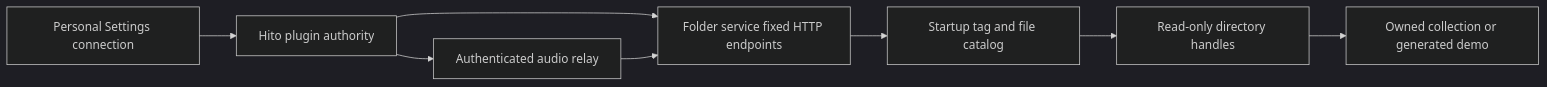
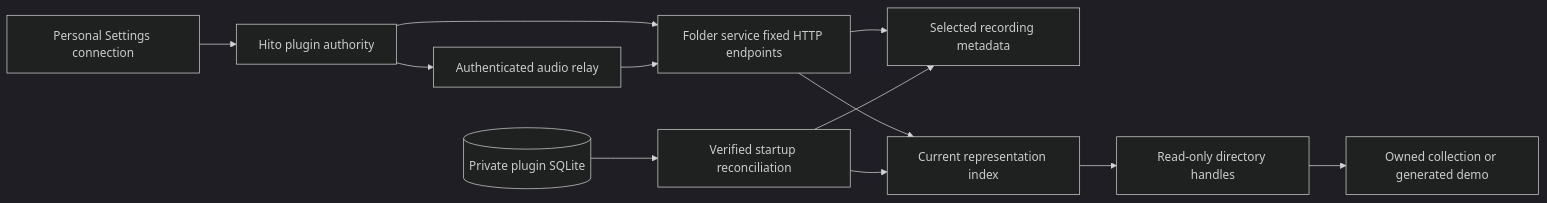
The diagram in docs/plugin-folder.md (acidiney/hitoapp), drawn with Mermaid (dark theme) before and after one commit. The commit also changed other lines of this file and 7 other files, not shown here.

Commit message:
Keep folder representations separate from recording metadata owners

````diff
--- a/docs/plugin-folder.md
+++ b/docs/plugin-folder.md
@@ -66,10 +66,14 @@
 ```mermaid
 flowchart LR
     Settings[Personal Settings connection] --> Hito[Hito plugin authority]
     Hito --> HTTP[Folder service fixed HTTP endpoints]
-    HTTP --> Catalog[Startup tag and file catalog]
-    Catalog --> Handles[Read-only directory handles]
+    HTTP --> Metadata[Selected recording metadata]
+    HTTP --> Sources[Current representation index]
+    Registry[(Private plugin SQLite)] --> Catalog[Verified startup reconciliation]
+    Catalog --> Metadata
+    Catalog --> Sources
+    Sources --> Handles[Read-only directory handles]
     Handles --> Collection[Owned collection or generated demo]
     Hito --> Relay[Authenticated audio relay]
     Relay --> HTTP
 ```
````
